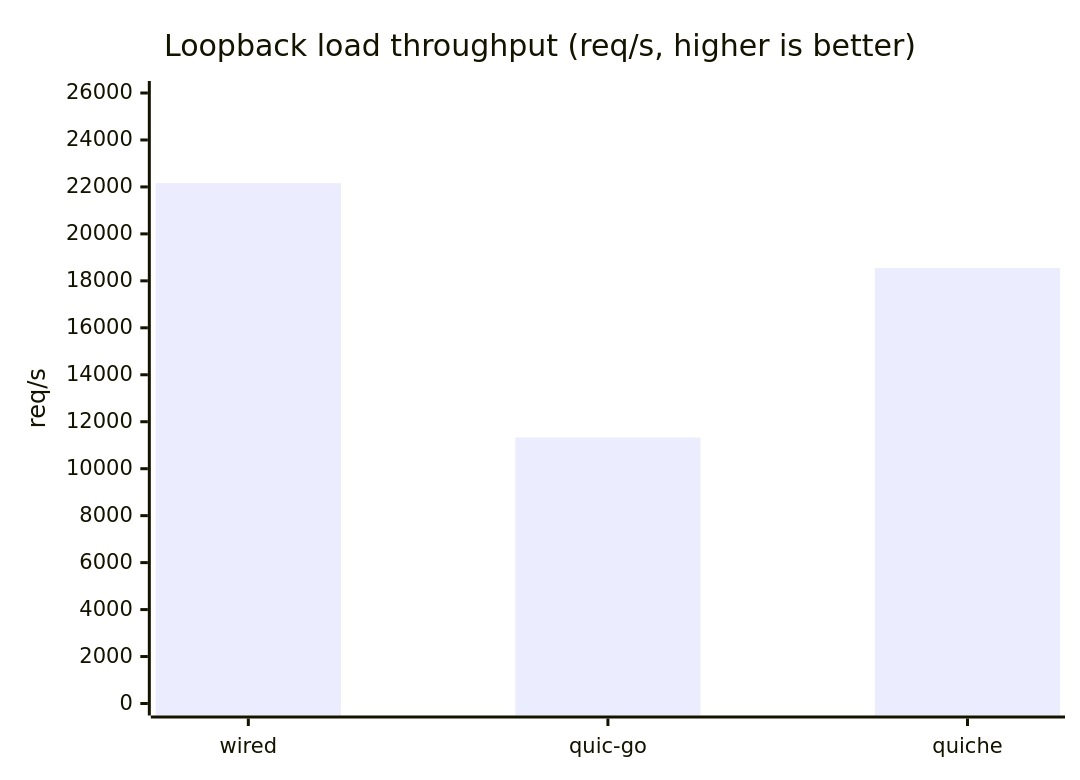
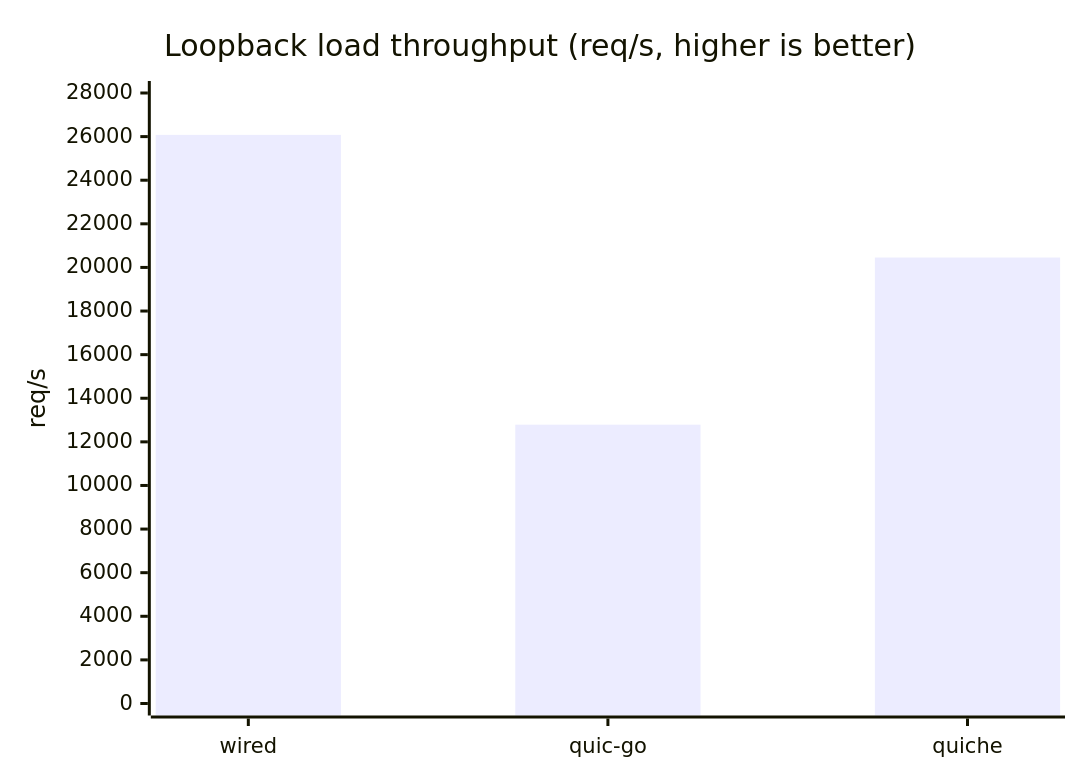
One commit to Hakkadaikon/wired changed the second of 4 diagrams in docs/comparison.md. Above: the diagram before and after it, drawn with Mermaid. The commit also changed other lines of this file, not shown here.

````diff
--- a/docs/comparison.md
+++ b/docs/comparison.md
@@ -163,7 +103,7 @@
 ```mermaid
 xychart-beta
     title "Loopback load throughput (req/s, higher is better)"
     x-axis ["wired", "quic-go", "quiche"]
-    y-axis "req/s" 0 --> 26000
-    bar [22161, 11329, 18550]
+    y-axis "req/s" 0 --> 28000
+    bar [26079, 12788, 20453]
 ```
````
